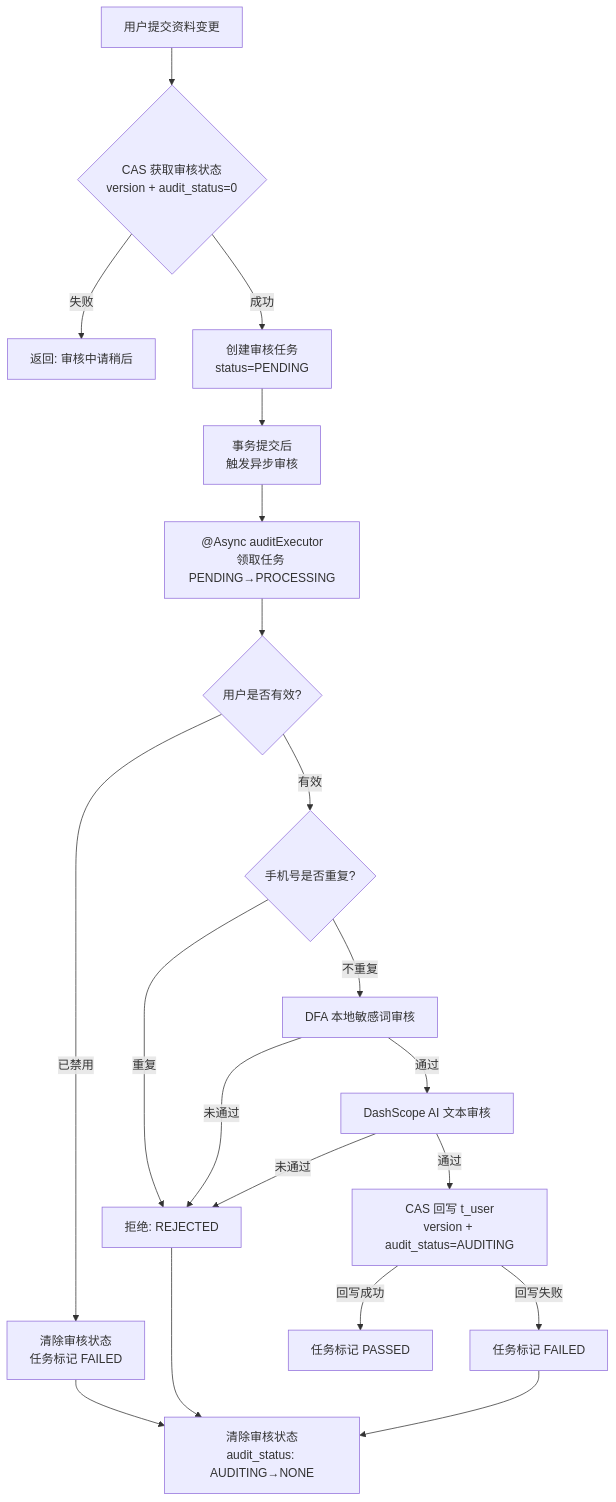
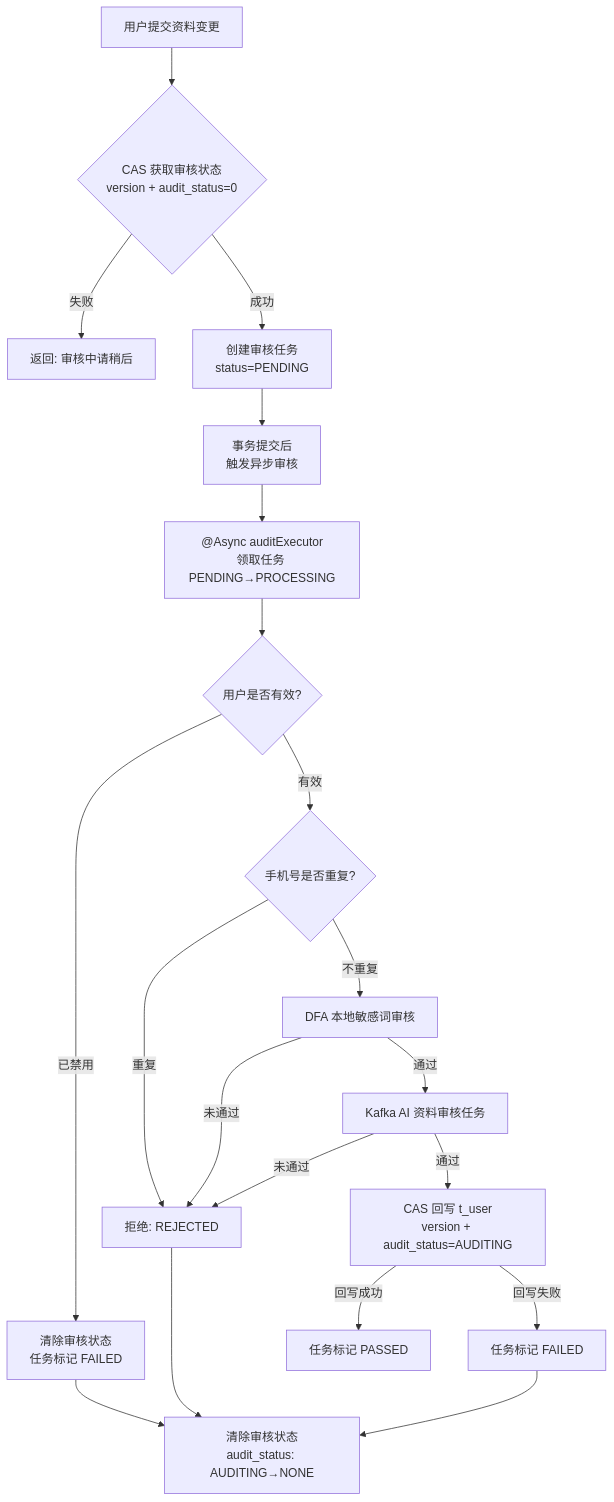
One commit to maa-hh/game-community-platform changed the fourth of 12 diagrams in docs/v2/user-service.md. Above: the diagram before and after it, drawn with Mermaid. The commit also changed other lines of this file and 45 other files, not shown here.

````diff
--- a/docs/v2/user-service.md
+++ b/docs/v2/user-service.md
@@ -873,23 +876,23 @@
 ```mermaid
 flowchart TD
     A[用户提交资料变更] --> B{CAS 获取审核状态<br/>version + audit_status=0}
     B -->|失败| C[返回: 审核中请稍后]
     B -->|成功| D[创建审核任务<br/>status=PENDING]
     D --> E[事务提交后<br/>触发异步审核]
     E --> F["@Async auditExecutor<br/>领取任务 PENDING→PROCESSING"]
     F --> G{用户是否有效?}
     G -->|已禁用| H[清除审核状态<br/>任务标记 FAILED]
     G -->|有效| I{手机号是否重复?}
     I -->|重复| J[拒绝: REJECTED]
     I -->|不重复| K[DFA 本地敏感词审核]
     K -->|未通过| J
-    K -->|通过| L[DashScope AI 文本审核]
+    K -->|通过| L[Kafka AI 资料审核任务]
     L -->|未通过| J
     L -->|通过| M[CAS 回写 t_user<br/>version + audit_status=AUDITING]
     M -->|回写成功| N[任务标记 PASSED]
     M -->|回写失败| O[任务标记 FAILED]
 
     J --> P[清除审核状态<br/>audit_status: AUDITING→NONE]
     H --> P
     O --> P
 ```
````
